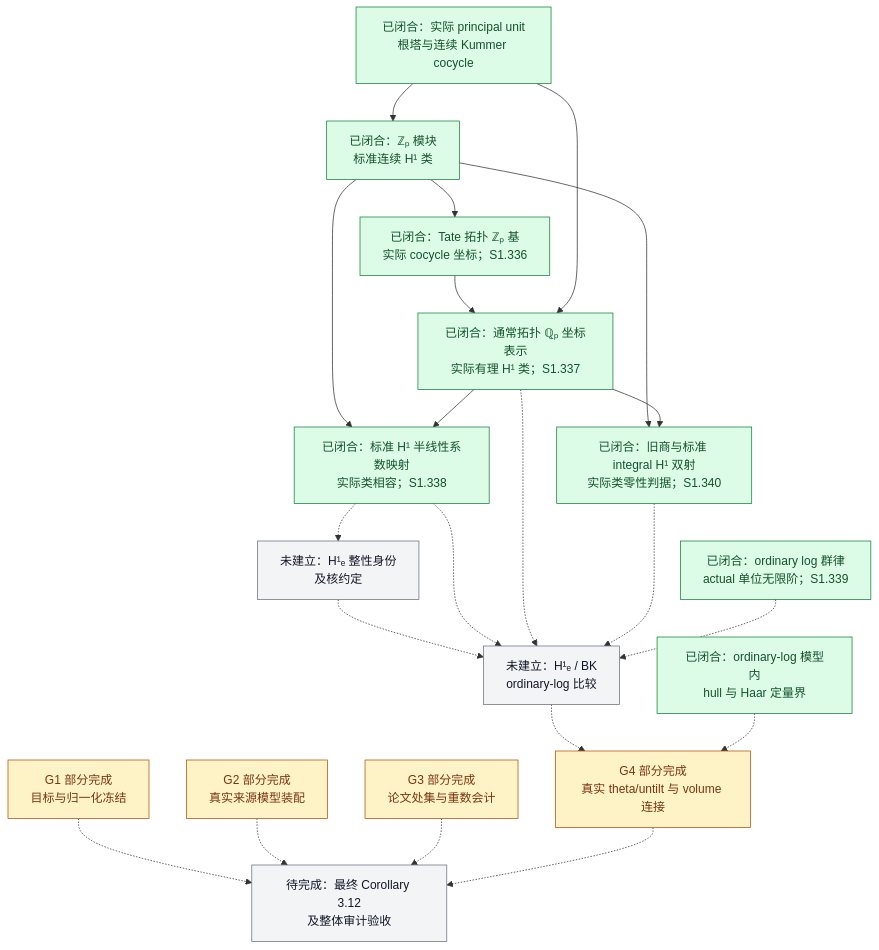
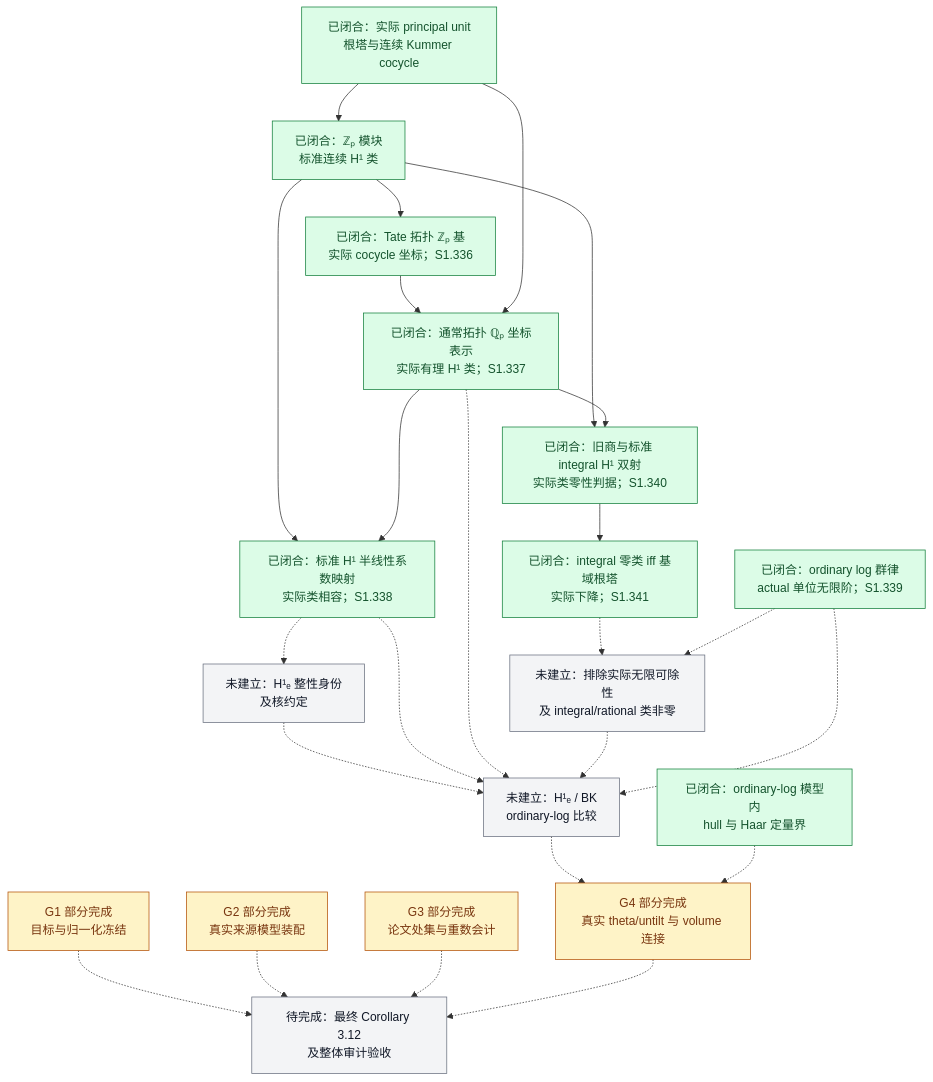
The diagram in docs/Scene1进度总览.md (Ember-Institute/KirtiJoshi-abc), drawn with Mermaid before and after one commit. The commit also changed other lines of this file and 9 other files, not shown here.

````diff
--- a/docs/Scene1进度总览.md
+++ b/docs/Scene1进度总览.md
@@ -75,46 +75,51 @@
 ```mermaid
 flowchart TD
     K["已闭合：实际 principal unit<br/>根塔与连续 Kummer cocycle"]
     Z["已闭合：ℤₚ 模块<br/>标准连续 H¹ 类"]
     T["已闭合：Tate 拓扑 ℤₚ 基<br/>实际 cocycle 坐标；S1.336"]
     Q["已闭合：通常拓扑 ℚₚ 坐标表示<br/>实际有理 H¹ 类；S1.337"]
     I["已闭合：标准 H¹ 半线性系数映射<br/>实际类相容；S1.338"]
     J["未建立：H¹ₑ 整性身份<br/>及核约定"]
     C0["已闭合：旧商与标准 integral H¹ 双射<br/>实际类零性判据；S1.340"]
+    R0["已闭合：integral 零类 iff 基域根塔<br/>实际下降；S1.341"]
+    N0["未建立：排除实际无限可除性<br/>及 integral/rational 类非零"]
     B["未建立：H¹ₑ / BK<br/>ordinary-log 比较"]
     H["已闭合：ordinary-log 模型内<br/>hull 与 Haar 定量界"]
     L["已闭合：ordinary log 群律<br/>actual 单位无限阶；S1.339"]
     V["G4 部分完成<br/>真实 theta/untilt 与 volume 连接"]
     G1["G1 部分完成<br/>目标与归一化冻结"]
     G2["G2 部分完成<br/>真实来源模型装配"]
     G3["G3 部分完成<br/>论文处集与重数会计"]
     C["待完成：最终 Corollary 3.12<br/>及整体审计验收"]
 
     K --> Z
     Z --> T
     T --> Q
     K --> Q
     Z --> I
     Q --> I
     I -.-> J
     J -.-> B
     I -.-> B
     Q -.-> B
     Z --> C0
     Q --> C0
-    C0 -.-> B
+    C0 --> R0
+    R0 -.-> N0
+    L -.-> N0
+    N0 -.-> B
     L -.-> B
     B -.-> V
     H -.-> V
     G1 -.-> C
     G2 -.-> C
     G3 -.-> C
     V -.-> C
 
     classDef done fill:#dcfce7,stroke:#15803d,color:#14532d;
     classDef partial fill:#fef3c7,stroke:#b45309,color:#78350f;
     classDef open fill:#f3f4f6,stroke:#6b7280,color:#111827;
-    class K,Z,T,Q,H,I,L,C0 done;
+    class K,Z,T,Q,H,I,L,C0,R0 done;
     class G1,G2,G3,V partial;
-    class J,B,C open;
+    class J,B,C,N0 open;
 ```
````
